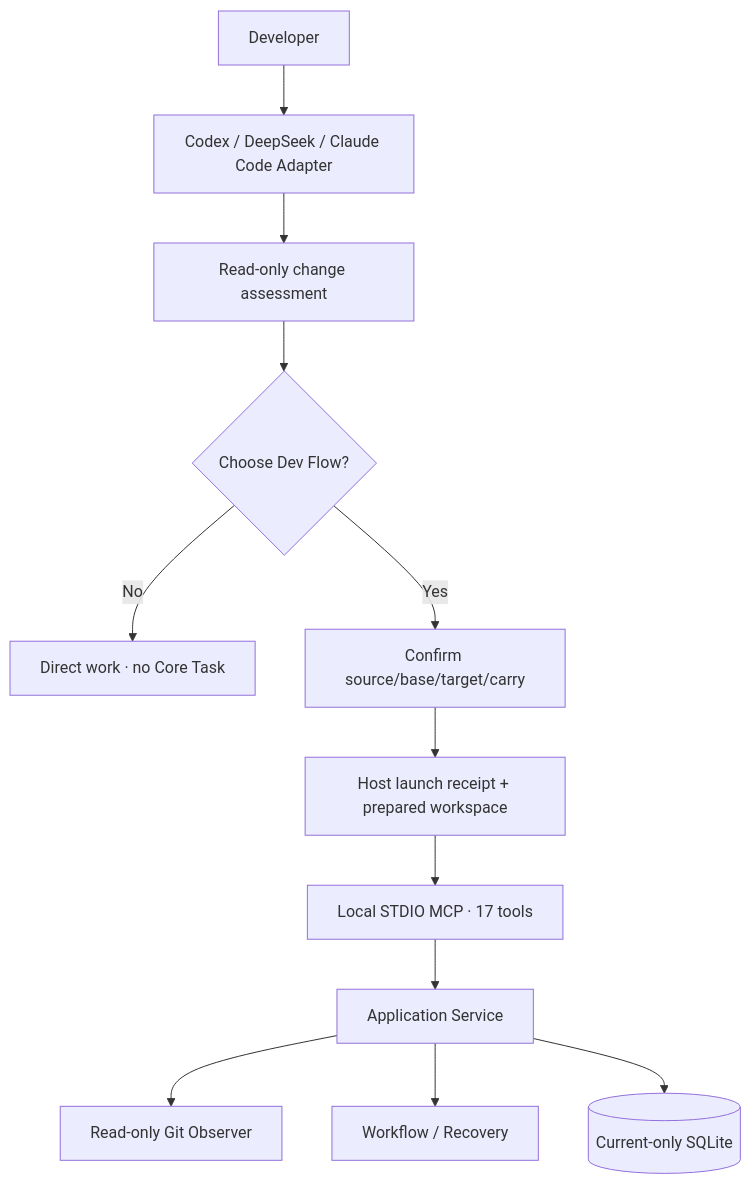
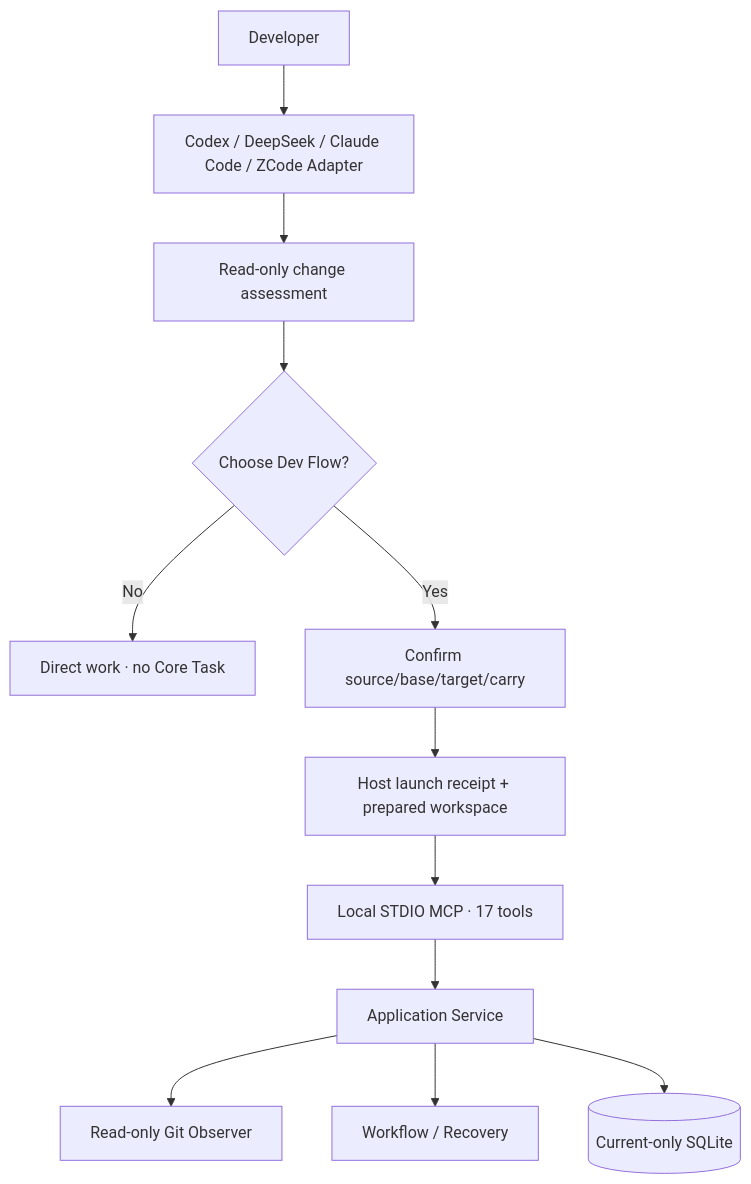
One commit to Innocent-children/dev-flow changed the diagram in docs/ARCHITECTURE_en.md. Above: the diagram before and after it, drawn with Mermaid. The commit also changed other lines of this file and 204 other files, not shown here.

Commit message:
feat: add native ZCode host adapter

````diff
--- a/docs/ARCHITECTURE_en.md
+++ b/docs/ARCHITECTURE_en.md
@@ -16,14 +16,14 @@
 ```mermaid
 flowchart TB
-    U[Developer] --> H[Codex / DeepSeek / Claude Code Adapter]
+    U[Developer] --> H[Codex / DeepSeek / Claude Code / ZCode Adapter]
     H --> A[Read-only change assessment]
     A --> C{Choose Dev Flow?}
     C -->|No| D[Direct work · no Core Task]
     C -->|Yes| P[Confirm source/base/target/carry]
     P --> W[Host launch receipt + prepared workspace]
     W --> M[Local STDIO MCP · 17 tools]
     M --> S[Application Service]
     S --> G[Read-only Git Observer]
     S --> F[Workflow / Recovery]
     S --> DB[(Current-only SQLite)]
 ```
````
